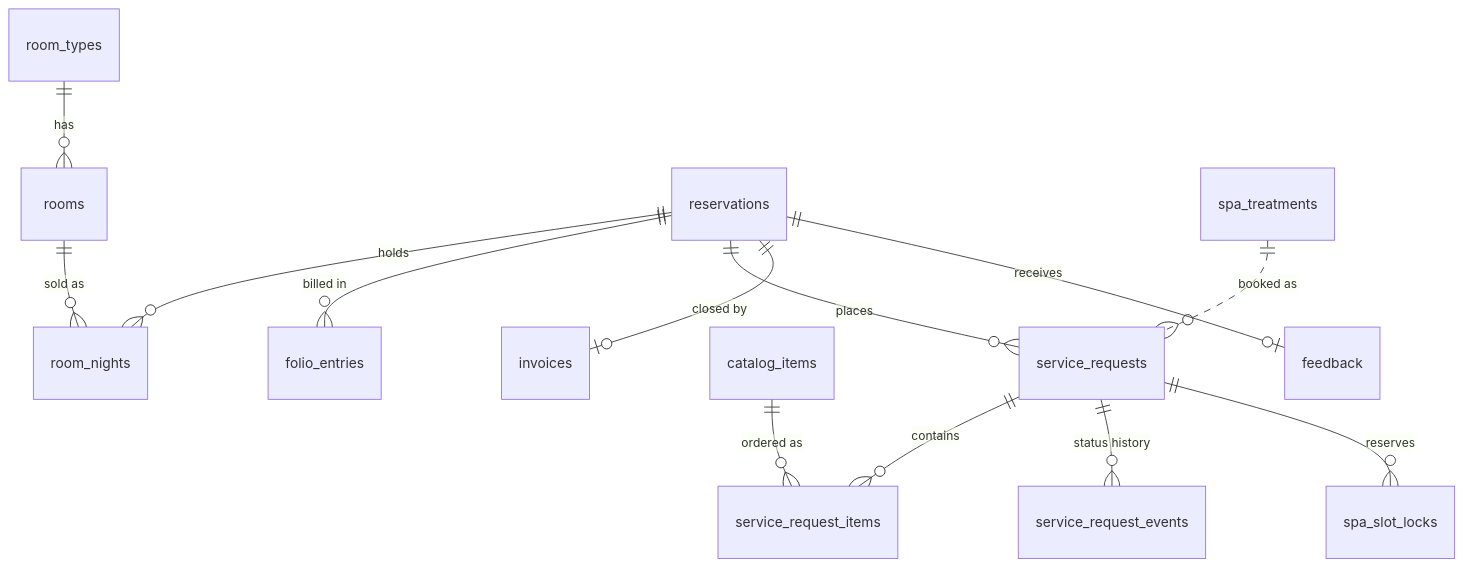
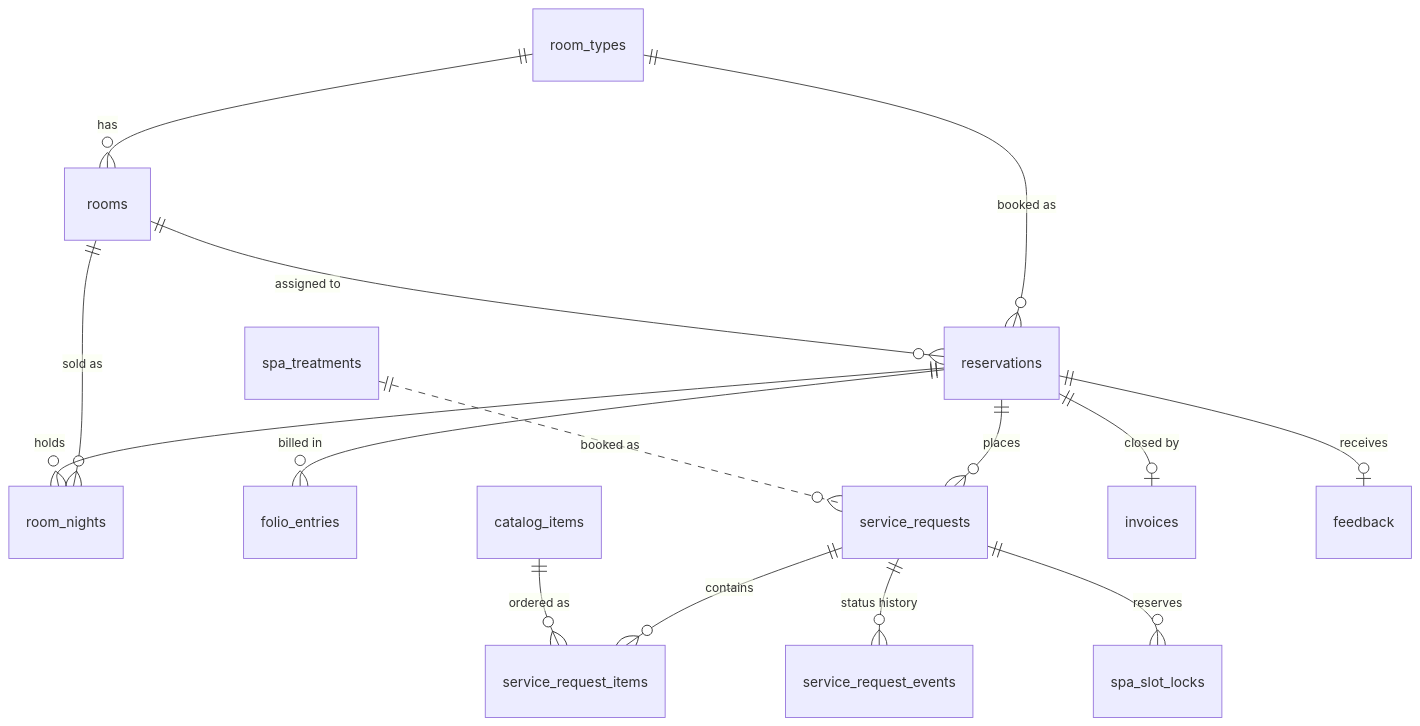
Before and after one commit to pRiMeXoMeGa/white-label-hms: the second of 2 diagrams in README.md, drawn with Mermaid. The commit also changed other lines of this file, not shown here.

````diff
--- a/README.md
+++ b/README.md
@@ -104,15 +126,17 @@
 ```mermaid
 erDiagram
   room_types ||--o{ rooms : has
+  room_types ||--o{ reservations : "booked as"
+  rooms ||--o{ reservations : "assigned to"
   rooms ||--o{ room_nights : "sold as"
   reservations ||--o{ room_nights : holds
   reservations ||--o{ folio_entries : "billed in"
   reservations ||--o{ service_requests : places
   service_requests ||--o{ service_request_items : contains
   service_requests ||--o{ service_request_events : "status history"
   service_requests ||--o{ spa_slot_locks : reserves
   catalog_items ||--o{ service_request_items : "ordered as"
   spa_treatments ||..o{ service_requests : "booked as"
   reservations ||--o| invoices : "closed by"
   reservations ||--o| feedback : receives
 ```
````
